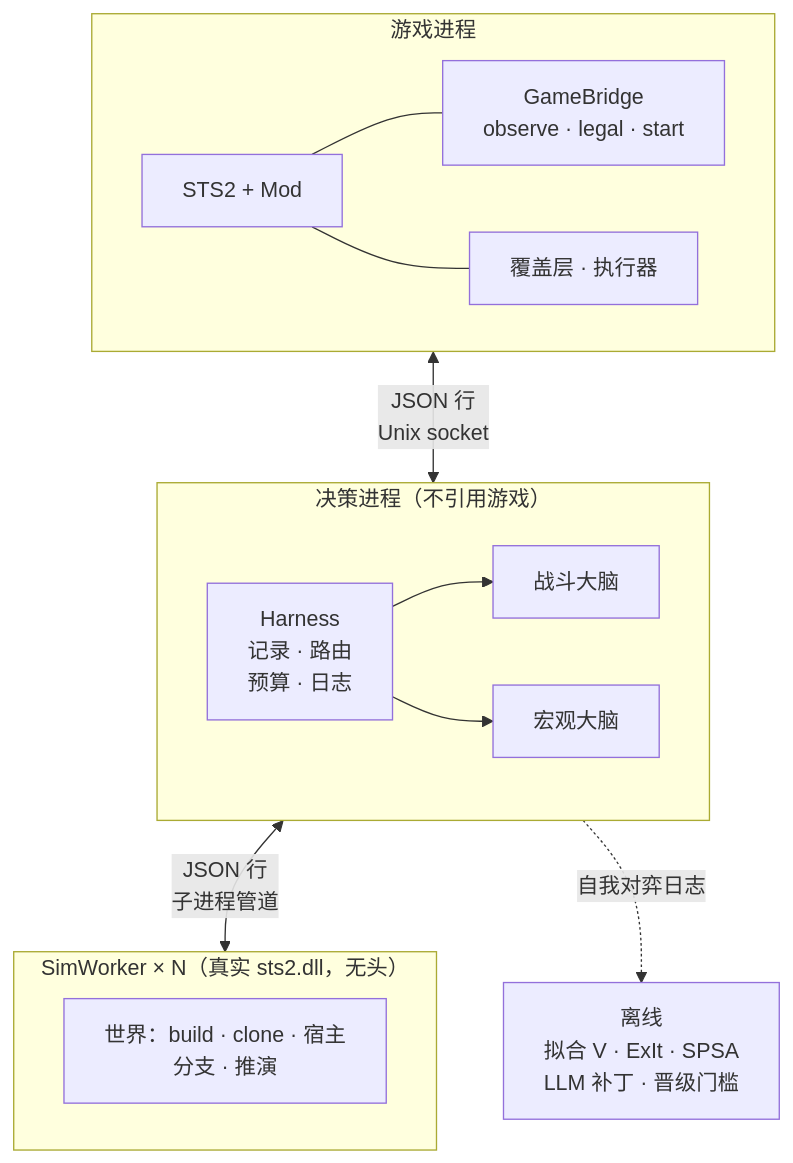
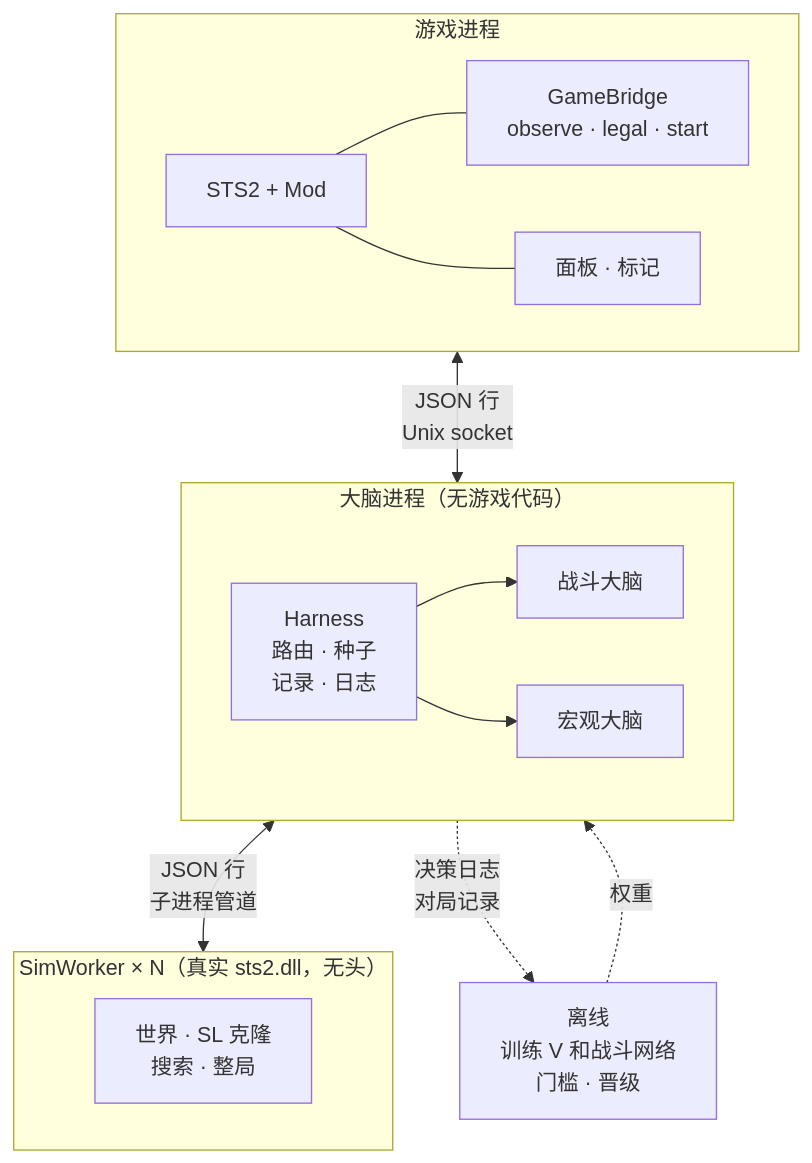
One commit to shinnku-nikaidou/spire-zero changed the diagram in docs/src/content/docs/index.mdx. Above: the diagram before and after it, drawn with Mermaid. The commit also changed other lines of this file and 29 other files, not shown here.

````diff
--- a/docs/src/content/docs/index.mdx
+++ b/docs/src/content/docs/index.mdx
@@ -38,17 +42,18 @@
 ```mermaid
 flowchart TD
   subgraph G["游戏进程"]
     GAME["STS2 + Mod"] --- GB["GameBridge<br/>observe · legal · start"]
-    GAME --- UI["覆盖层 · 执行器"]
+    GAME --- UI["面板 · 标记"]
   end
-  subgraph D["决策进程（不引用游戏）"]
-    H["Harness<br/>记录 · 路由<br/>预算 · 日志"] --> CB["战斗大脑"]
+  subgraph D["大脑进程（无游戏代码）"]
+    H["Harness<br/>路由 · 种子<br/>记录 · 日志"] --> CB["战斗大脑"]
     H --> MB["宏观大脑"]
   end
   subgraph W["SimWorker × N（真实 sts2.dll，无头）"]
-    WS["世界：build · clone · 宿主<br/>分支 · 推演"]
+    WS["世界 · SL 克隆<br/>搜索 · 整局"]
   end
   G <-->|"JSON 行<br/>Unix socket"| D
   D <-->|"JSON 行<br/>子进程管道"| W
-  D -.->|"自我对弈日志"| OFF["离线<br/>拟合 V · ExIt · SPSA<br/>LLM 补丁 · 晋级门槛"]
+  D -.->|"决策日志<br/>对局记录"| OFF["离线<br/>训练 V 和战斗网络<br/>门槛 · 晋级"]
+  OFF -.->|"权重"| D
 ```
````
